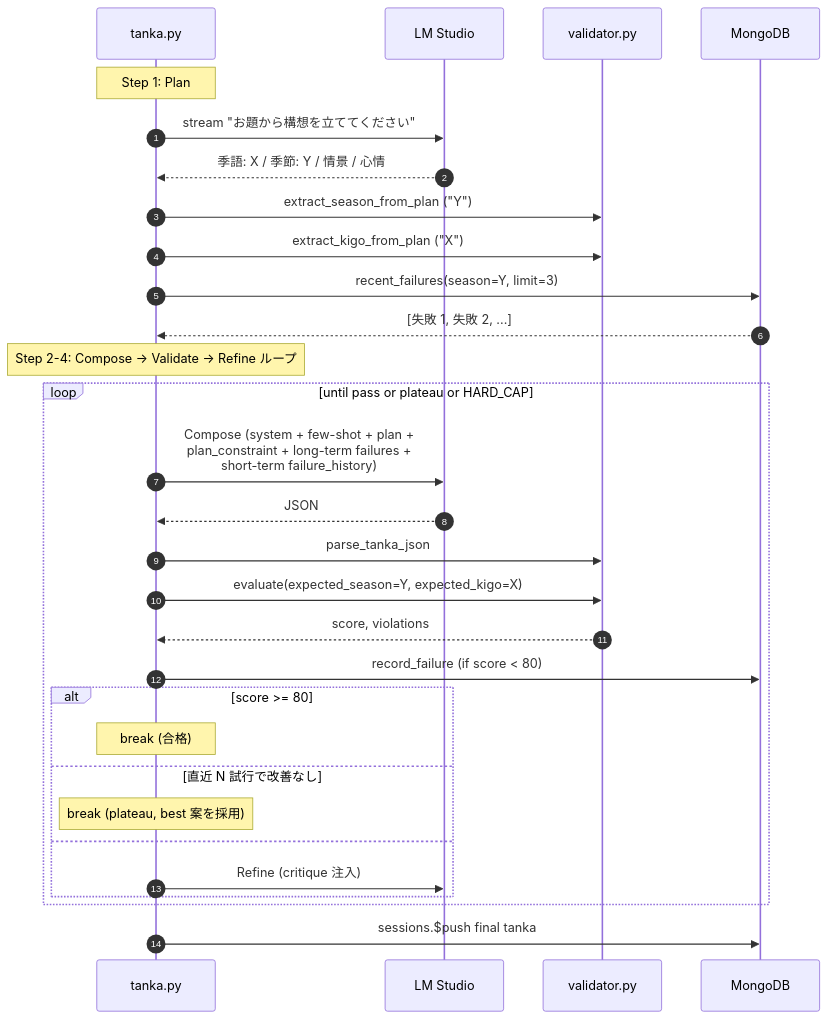
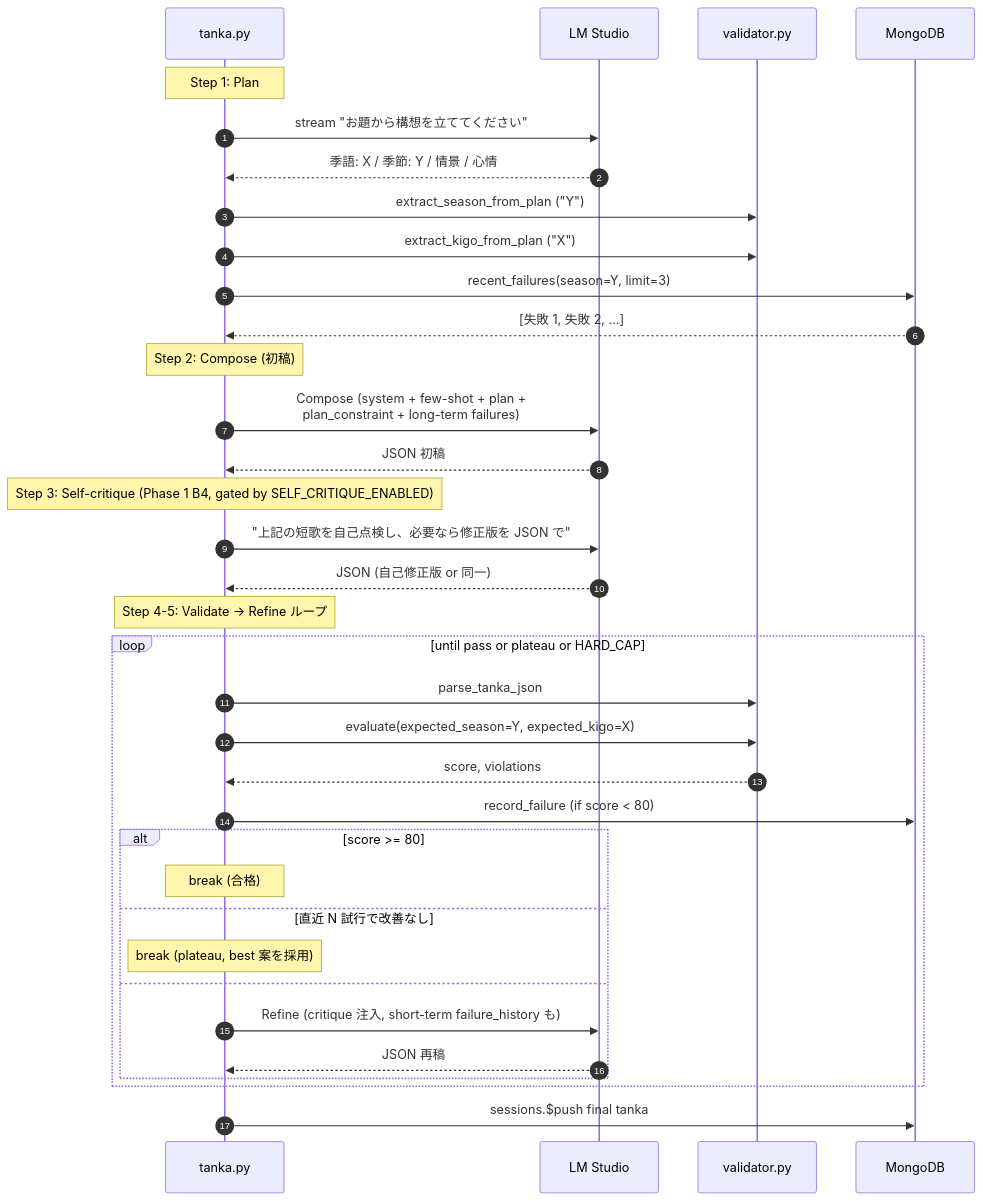
The second of 3 diagrams in app/docs/architecture.md (nrm176/tanka-llm-jp), drawn with Mermaid before and after one commit. The commit also changed other lines of this file and 3 other files, not shown here.

Commit message:
add self-critique phase and environment variable support for Tanka generation

````diff
--- a/app/docs/architecture.md
+++ b/app/docs/architecture.md
@@ -173,37 +173,44 @@
 ```mermaid
 sequenceDiagram
     autonumber
     participant Pipe as tanka.py
     participant L as LM Studio
     participant V as validator.py
     participant DB as MongoDB
 
     Note over Pipe: Step 1: Plan
     Pipe->>L: stream "お題から構想を立ててください"
     L-->>Pipe: 季語: X / 季節: Y / 情景 / 心情
 
     Pipe->>V: extract_season_from_plan ("Y")
     Pipe->>V: extract_kigo_from_plan ("X")
     Pipe->>DB: recent_failures(season=Y, limit=3)
     DB-->>Pipe: [失敗 1, 失敗 2, ...]
 
-    Note over Pipe: Step 2-4: Compose → Validate → Refine ループ
+    Note over Pipe: Step 2: Compose (初稿)
+    Pipe->>L: Compose (system + few-shot + plan +<br/>plan_constraint + long-term failures)
+    L-->>Pipe: JSON 初稿
+
+    Note over Pipe: Step 3: Self-critique (Phase 1 B4, gated by SELF_CRITIQUE_ENABLED)
+    Pipe->>L: "上記の短歌を自己点検し、必要なら修正版を JSON で"
+    L-->>Pipe: JSON (自己修正版 or 同一)
+
+    Note over Pipe: Step 4-5: Validate → Refine ループ
     loop until pass or plateau or HARD_CAP
-        Pipe->>L: Compose (system + few-shot + plan +<br/>plan_constraint + long-term failures +<br/>short-term failure_history)
-        L-->>Pipe: JSON
         Pipe->>V: parse_tanka_json
         Pipe->>V: evaluate(expected_season=Y, expected_kigo=X)
         V-->>Pipe: score, violations
         Pipe->>DB: record_failure (if score < 80)
 
         alt score >= 80
             Note over Pipe: break (合格)
         else 直近 N 試行で改善なし
             Note over Pipe: break (plateau, best 案を採用)
         else
-            Pipe->>L: Refine (critique 注入)
+            Pipe->>L: Refine (critique 注入, short-term failure_history も)
+            L-->>Pipe: JSON 再稿
         end
     end
 
     Pipe->>DB: sessions.$push final tanka
 ```
````
